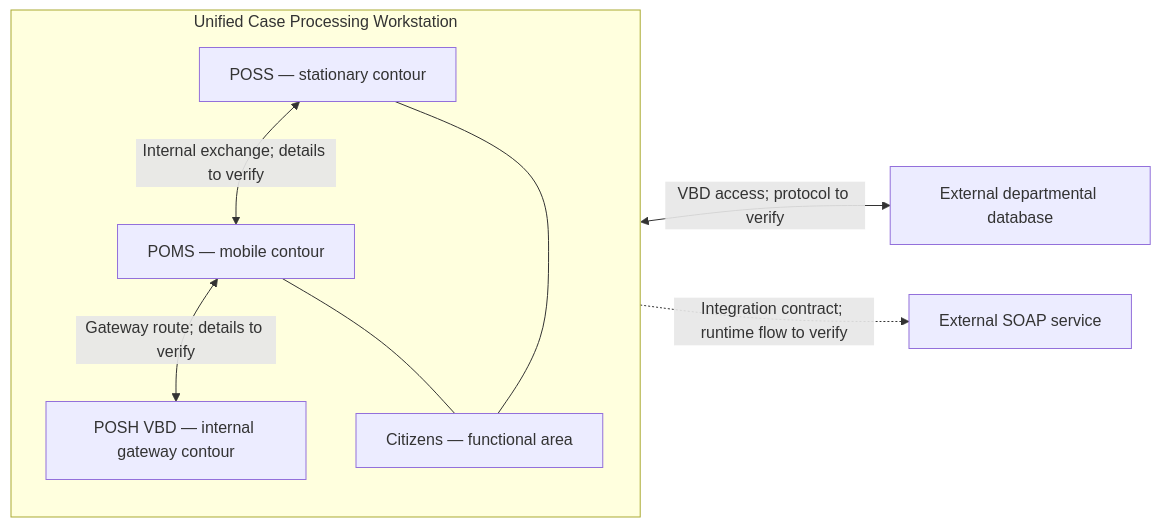
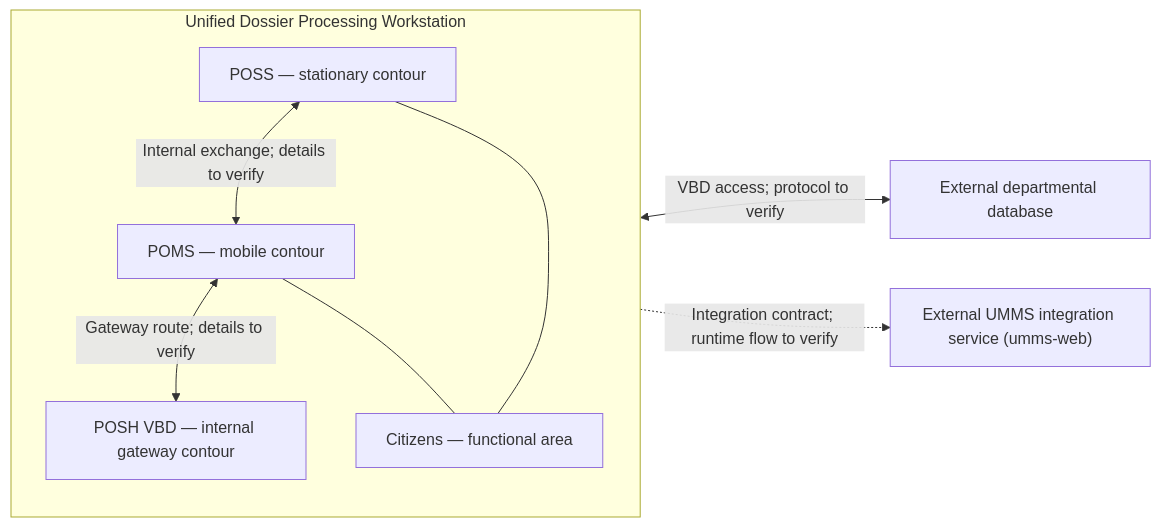
One commit to ekatmoz88-alt/territory-descriptor-unified changed the diagram in architecture/system-context-and-scope.en.md. Above: the diagram before and after it, drawn with Mermaid. The commit also changed other lines of this file and 83 other files, not shown here.

````diff
--- a/architecture/system-context-and-scope.en.md
+++ b/architecture/system-context-and-scope.en.md
@@ -25,18 +25,18 @@
 ```mermaid
 flowchart LR
-  subgraph ARM["Unified Case Processing Workstation"]
+  subgraph ARM["Unified Dossier Processing Workstation"]
     direction TB
     POSS["POSS — stationary contour"]
     POMS["POMS — mobile contour"]
     POSHVBD["POSH VBD — internal gateway contour"]
     CIT["Citizens — functional area"]
     POSS <-->|"Internal exchange; details to verify"| POMS
     POMS <-->|"Gateway route; details to verify"| POSHVBD
     POSS --- CIT
     POMS --- CIT
   end
   VBD["External departmental database"]
-  EXTERNAL_SERVICE["External SOAP service"]
+  UMMS["External UMMS integration service (umms-web)"]
   POSHVBD <-->|"VBD access; protocol to verify"| VBD
-  ARM -.->|"Integration contract; runtime flow to verify"| EXTERNAL_SERVICE
+  ARM -.->|"Integration contract; runtime flow to verify"| UMMS
 ```
````
